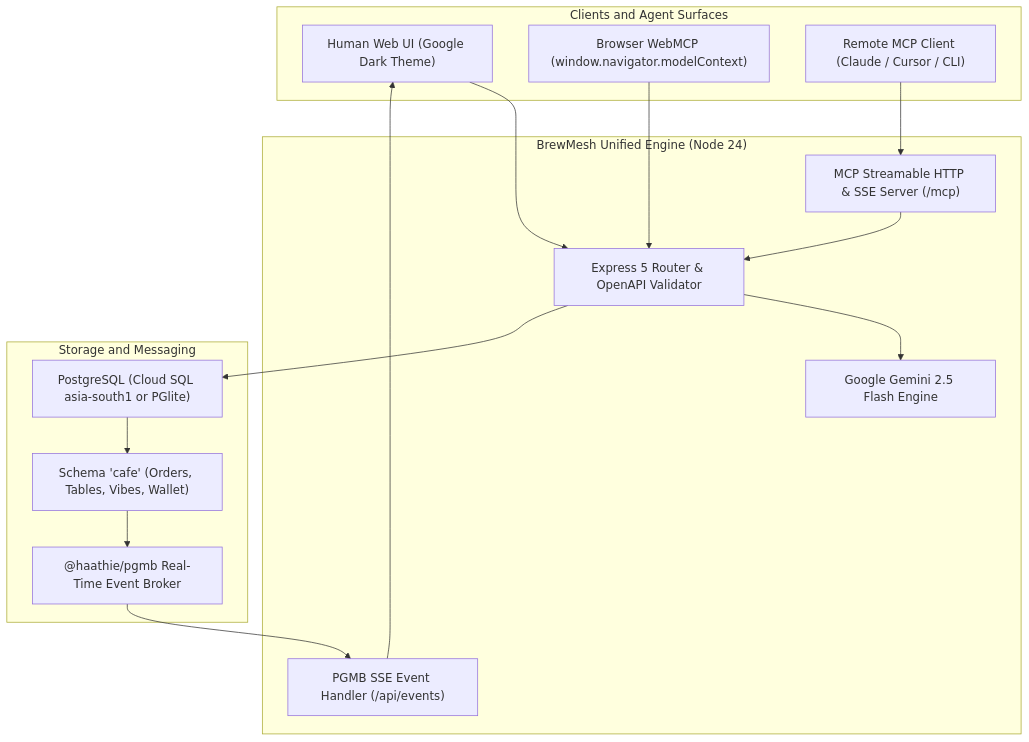
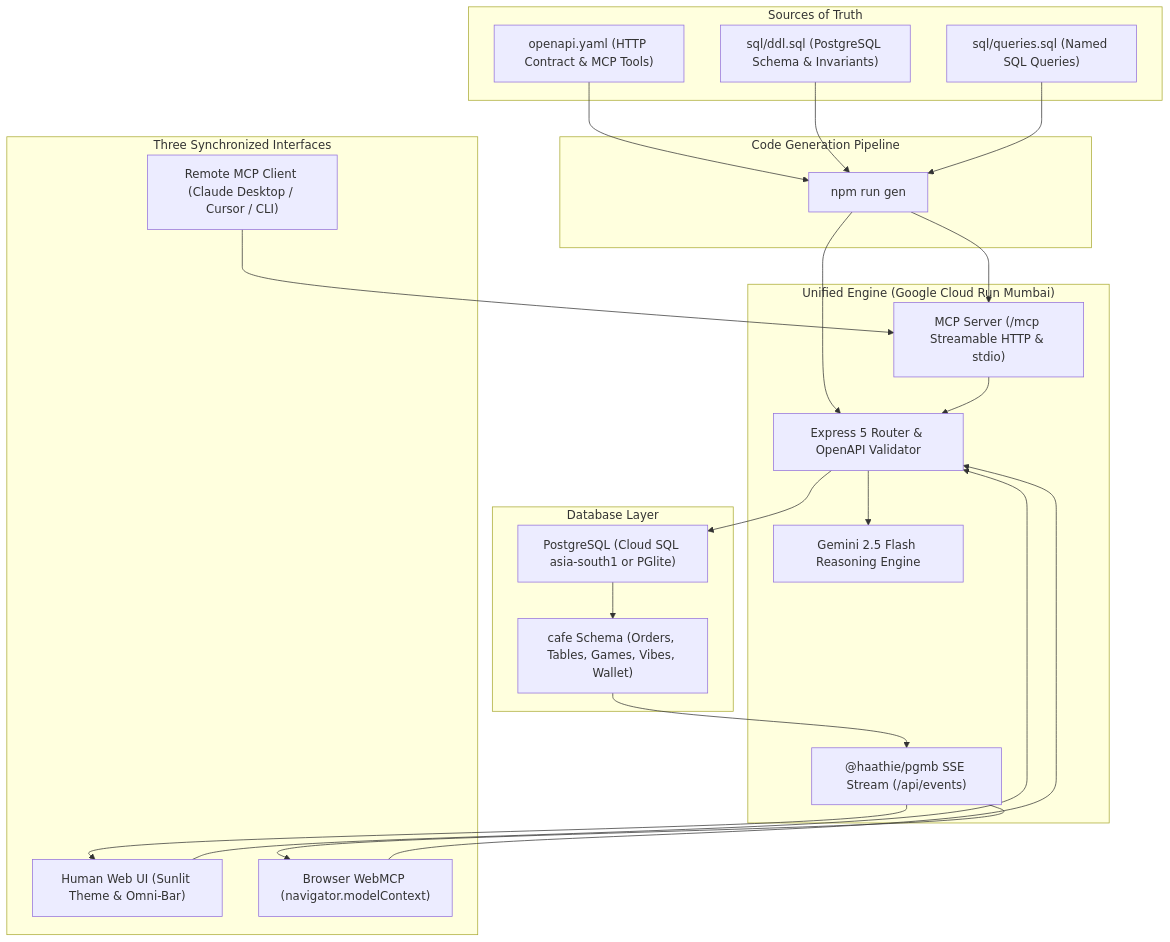
The first of 3 diagrams in README.md (predatorx7/brewmesh), drawn with Mermaid before and after one commit. The commit also changed other lines of this file and 21 other files, not shown here.

Commit message:
feat: sunlit cafe light theme, cafe illustrations, board games pairing, nearby cafes finder, 400ms shimmer, and native Chrome DevTools WebMCP registration

````diff
--- a/README.md
+++ b/README.md
@@ -92,33 +120,48 @@
 ```mermaid
-flowchart TD
-	subgraph Clients["Clients and Agent Surfaces"]
-		UI["Human Web UI (Google Dark Theme)"]
-		WebMCP["Browser WebMCP (window.navigator.modelContext)"]
-		RemoteMCP["Remote MCP Client (Claude / Cursor / CLI)"]
+flowchart TB
+	subgraph Truth["Sources of Truth"]
+		OpenAPI["openapi.yaml (HTTP Contract & MCP Tools)"]
+		DDL["sql/ddl.sql (PostgreSQL Schema & Invariants)"]
+		Queries["sql/queries.sql (Named SQL Queries)"]
 	end
 
-	subgraph Gateway["BrewMesh Unified Engine (Node 24)"]
-		Router["Express 5 Router & OpenAPI Validator"]
-		Gemini["Google Gemini 2.5 Flash Engine"]
-		MCPServer["MCP Streamable HTTP & SSE Server (/mcp)"]
-		SSEHandler["PGMB SSE Event Handler (/api/events)"]
+	subgraph Codegen["Code Generation Pipeline"]
+		Gen["npm run gen"]
+		OpenAPI --> Gen
+		DDL --> Gen
+		Queries --> Gen
 	end
 
-	subgraph DataLayer["Storage and Messaging"]
-		PGMB["@haathie/pgmb Real-Time Event Broker"]
-		PG["PostgreSQL (Cloud SQL asia-south1 or PGlite)"]
-		Schema["Schema 'cafe' (Orders, Tables, Vibes, Wallet)"]
+	subgraph Backend["Unified Engine (Google Cloud Run Mumbai)"]
+		Router["Express 5 Router & OpenAPI Validator"]
+		Gemini["Gemini 2.5 Flash Reasoning Engine"]
+		MCPServer["MCP Server (/mcp Streamable HTTP & stdio)"]
+		SSE["@haathie/pgmb SSE Stream (/api/events)"]
 	end
 
-	UI --> Router
+	subgraph Data["Database Layer"]
+		CloudSQL["PostgreSQL (Cloud SQL asia-south1 or PGlite)"]
+		Schema["cafe Schema (Orders, Tables, Games, Vibes, Wallet)"]
+	end
+
+	subgraph Clients["Three Synchronized Interfaces"]
+		WebUI["Human Web UI (Sunlit Theme & Omni-Bar)"]
+		WebMCP["Browser WebMCP (navigator.modelContext)"]
+		RemoteMCP["Remote MCP Client (Claude Desktop / Cursor / CLI)"]
+	end
+
+	Gen --> Router
+	Gen --> MCPServer
+
+	WebUI --> Router
 	WebMCP --> Router
 	RemoteMCP --> MCPServer
 	MCPServer --> Router
 
 	Router --> Gemini
-	Router --> PG
-	PG --> Schema
-	Schema --> PGMB
-	PGMB --> SSEHandler
-	SSEHandler --> UI
+	Router --> CloudSQL
+	CloudSQL --> Schema
+	Schema --> SSE
+	SSE --> WebUI
+	SSE --> WebMCP
 ```
````
